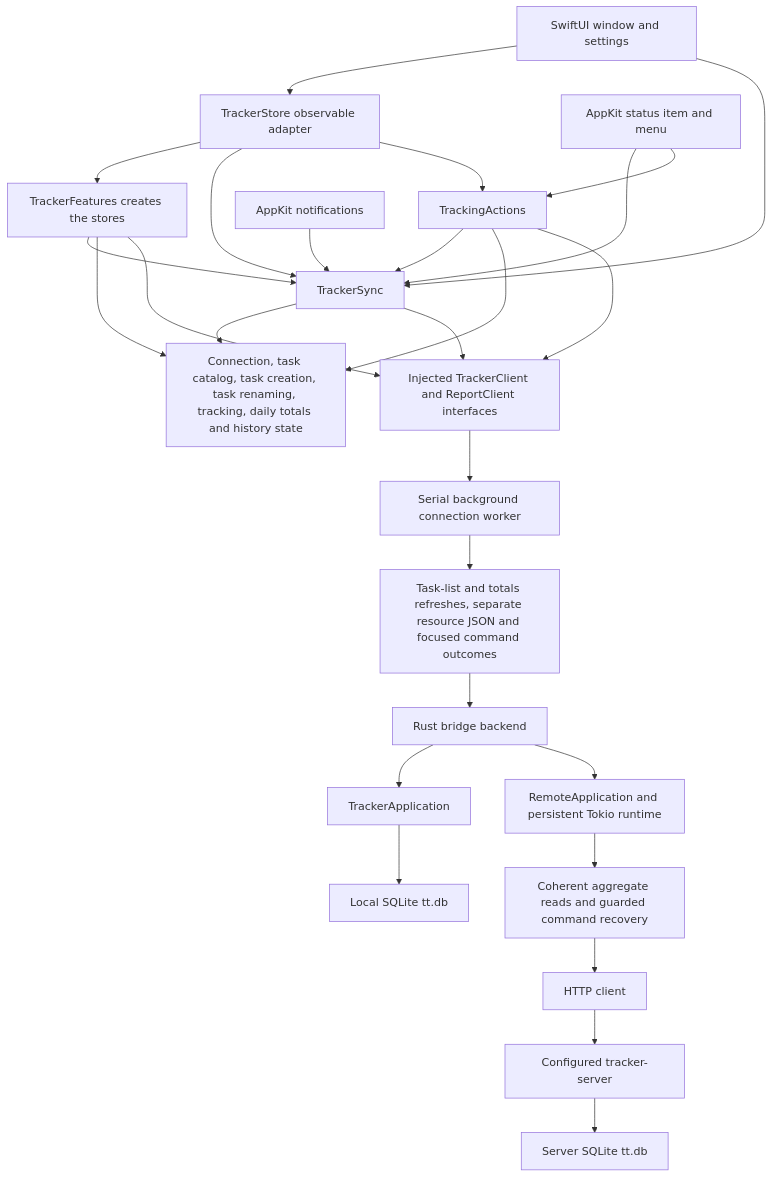
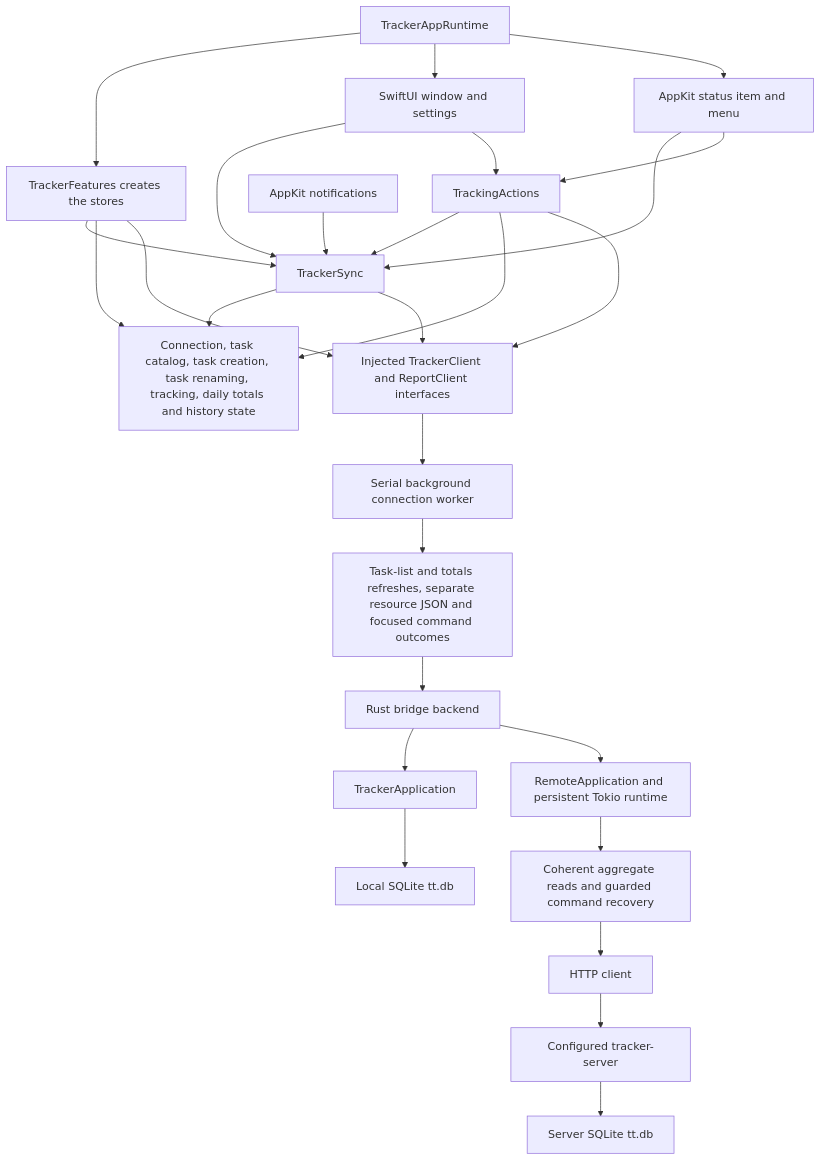
Before and after one commit to remshams/time-tracker: the diagram in apps/swiftui/README.md, drawn with Mermaid. The commit also changed other lines of this file, not shown here.

Commit message:
docs(SwiftUIApp): describe TrackerAppRuntime instead of TrackerStore

````diff
--- a/apps/swiftui/README.md
+++ b/apps/swiftui/README.md
@@ -291,25 +291,25 @@
 ```mermaid
 flowchart TD
-    UI[SwiftUI window and settings] --> Store[TrackerStore observable adapter]
-    Menu[AppKit status item and menu] --> Sync[TrackerSync]
+    Runtime[TrackerAppRuntime] --> TrackerFeatures[TrackerFeatures creates the stores]
+    Runtime --> UI[SwiftUI window and settings]
+    Runtime --> Menu[AppKit status item and menu]
+    Menu --> Sync[TrackerSync]
     Menu --> Actions[TrackingActions]
     UI --> Sync
-    Store --> TrackerFeatures[TrackerFeatures creates the stores]
-    Store --> Sync
-    Store --> Actions
+    UI --> Actions
     TrackerFeatures --> Sync
     Actions --> Sync
     TrackerFeatures & Sync & Actions --> Features[Connection, task catalog, task creation, task renaming, tracking, daily totals and history state]
     Lifecycle[AppKit notifications] --> Sync
     TrackerFeatures & Sync & Actions --> Port[Injected TrackerClient and ReportClient interfaces]
     Port --> Worker[Serial background connection worker]
     Worker --> ABI[Task-list and totals refreshes, separate resource JSON and focused command outcomes]
     ABI --> Backend[Rust bridge backend]
     Backend --> Local[TrackerApplication]
     Local --> DB[Local SQLite tt.db]
     Backend --> Remote[RemoteApplication and persistent Tokio runtime]
     Remote --> Coordinator[Coherent aggregate reads and guarded command recovery]
     Coordinator --> HTTP[HTTP client]
     HTTP --> Server[Configured tracker-server]
     Server --> ServerDB[Server SQLite tt.db]
 ```
````
